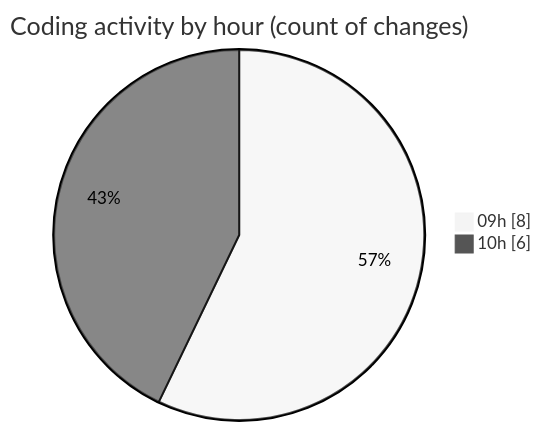
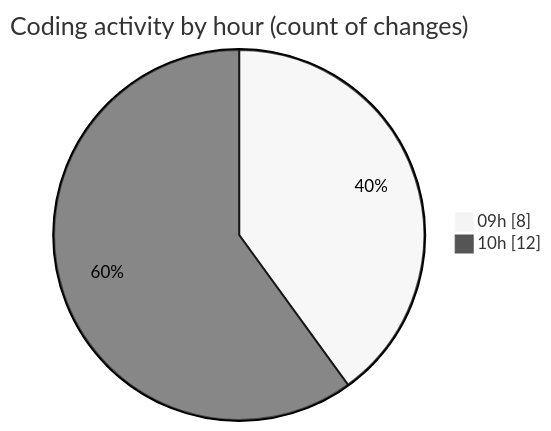
Before and after one commit to CELIANVF/code-tracking: the second of 2 diagrams in 2025-06-03/ecodeli-1/README.md, drawn with Mermaid (neutral theme). The commit also changed other lines of this file and 1 other file, not shown here.

````diff
--- a/2025-06-03/ecodeli-1/README.md
+++ b/2025-06-03/ecodeli-1/README.md
@@ -36,6 +37,6 @@
 ```mermaid
 pie showData
 title Coding activity by hour (count of changes)
 "09h" : 8
-"10h" : 6
+"10h" : 12
 ```
````
